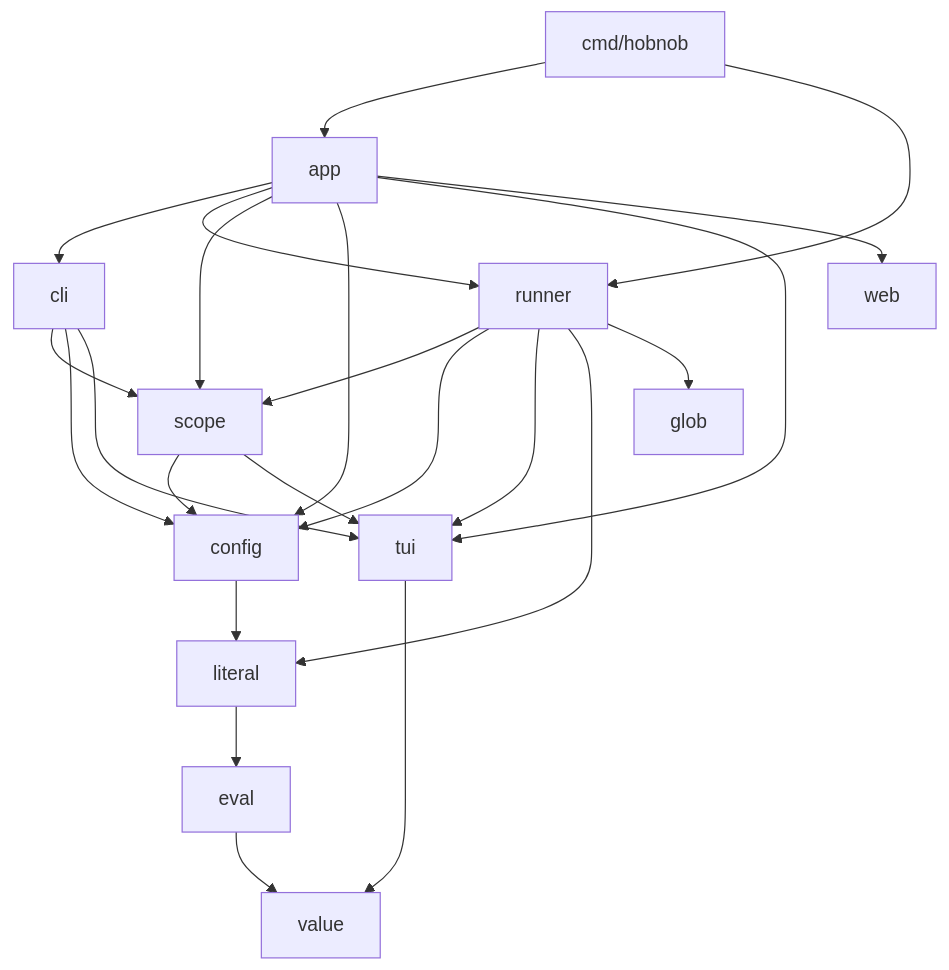
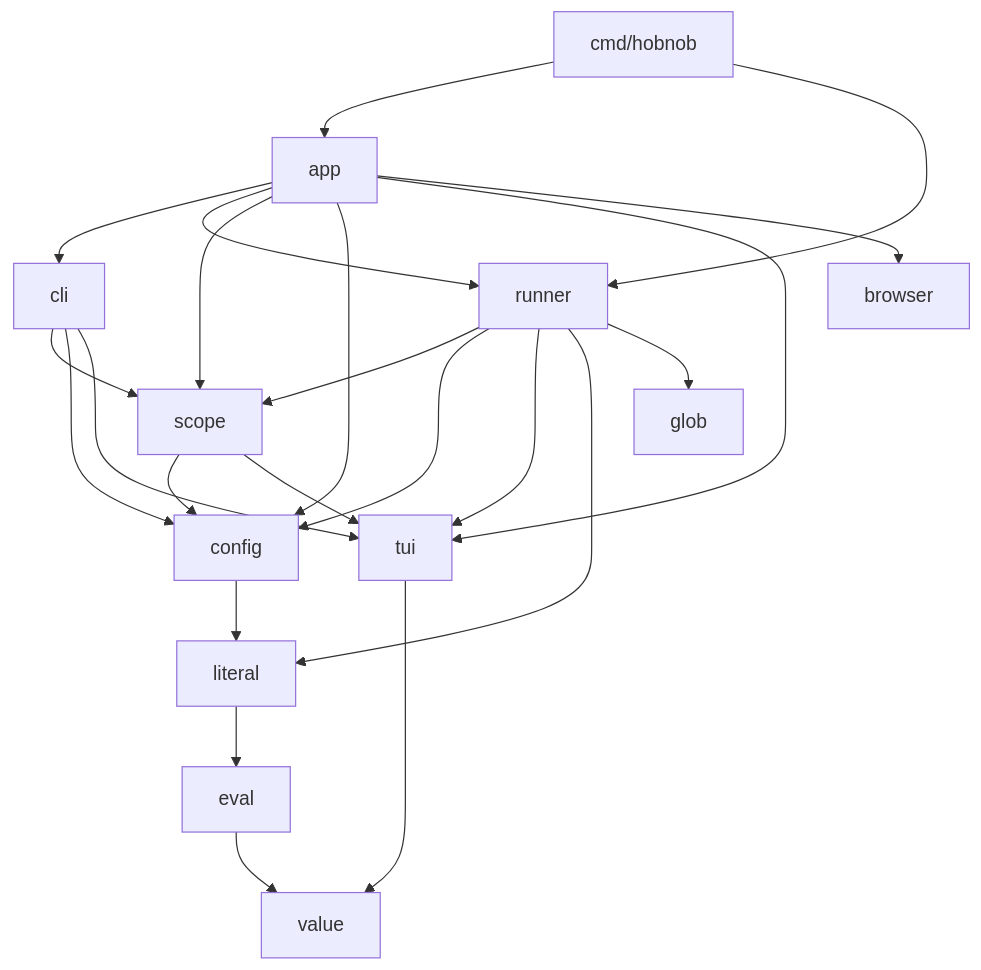
One commit to JakesMD/hobnob changed the first of 7 diagrams in ARCHITECTURE.md. Above: the diagram before and after it, drawn with Mermaid. The commit also changed other lines of this file and 33 other files, not shown here.

Commit message:
Rename --web to --browser and make --port serve a bookmarkable page with no token, no browser and no grace wait

````diff
--- a/ARCHITECTURE.md
+++ b/ARCHITECTURE.md
@@ -100,25 +100,25 @@
 ```mermaid
 flowchart TD
     cmd[cmd/hobnob] --> app
     cmd --> runner
     app --> cli
     app --> runner
     app --> scope
     app --> config
     app --> tui
-    app --> web
+    app --> browser
     cli --> scope
     cli --> config
     cli --> tui
     runner --> scope
     runner --> config
     runner --> tui
     runner --> literal
     runner --> glob
     scope --> config
     scope --> tui
     config --> literal
     literal --> eval
     eval --> value
     tui --> value
 ```
````
